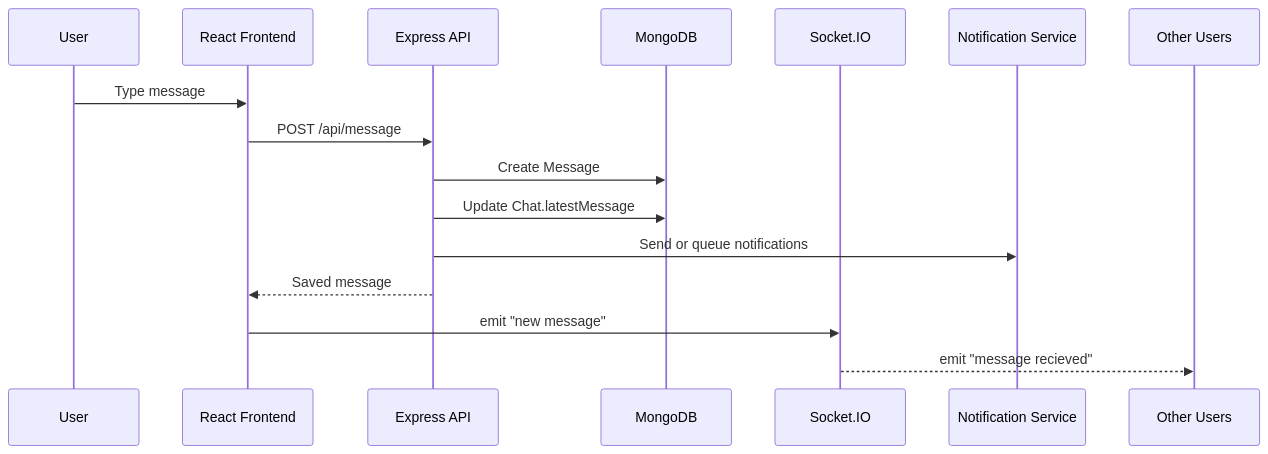
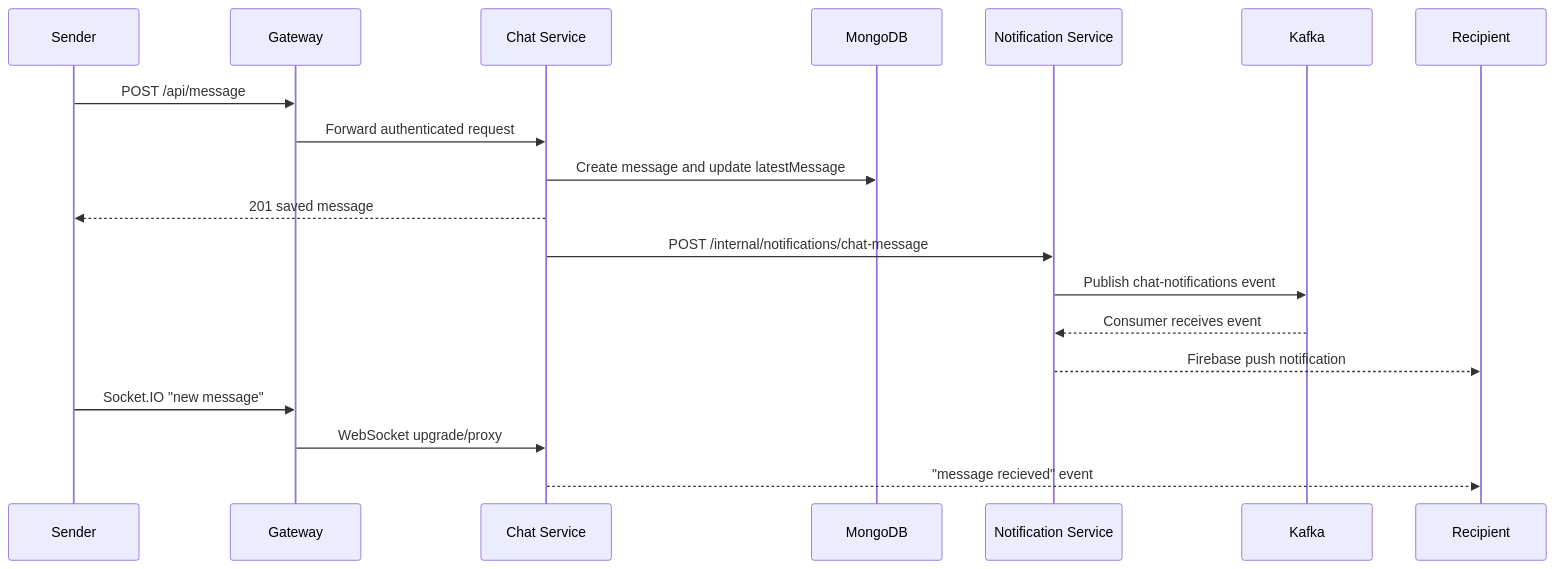
Before and after one commit to Akshanshkaushal/ComConnect: the third of 8 diagrams in docs/architecture-guide.md, drawn with Mermaid. The commit also changed other lines of this file and 86 other files, not shown here.

Commit message:
ui and architecture changes

````diff
--- a/docs/architecture-guide.md
+++ b/docs/architecture-guide.md
@@ -127,18 +139,22 @@
 ```mermaid
 sequenceDiagram
-  participant U as User
-  participant FE as React Frontend
-  participant API as Express API
+  participant A as Sender
+  participant G as Gateway
+  participant C as Chat Service
   participant DB as MongoDB
-  participant S as Socket.IO
   participant N as Notification Service
+  participant K as Kafka
+  participant B as Recipient
 
-  U->>FE: Type message
-  FE->>API: POST /api/message
-  API->>DB: Create Message
-  API->>DB: Update Chat.latestMessage
-  API->>N: Send or queue notifications
-  API-->>FE: Saved message
-  FE->>S: emit "new message"
-  S-->>Other Users: emit "message recieved"
+  A->>G: POST /api/message
+  G->>C: Forward authenticated request
+  C->>DB: Create message and update latestMessage
+  C-->>A: 201 saved message
+  C->>N: POST /internal/notifications/chat-message
+  N->>K: Publish chat-notifications event
+  K-->>N: Consumer receives event
+  N-->>B: Firebase push notification
+  A->>G: Socket.IO "new message"
+  G->>C: WebSocket upgrade/proxy
+  C-->>B: "message recieved" event
 ```
````
